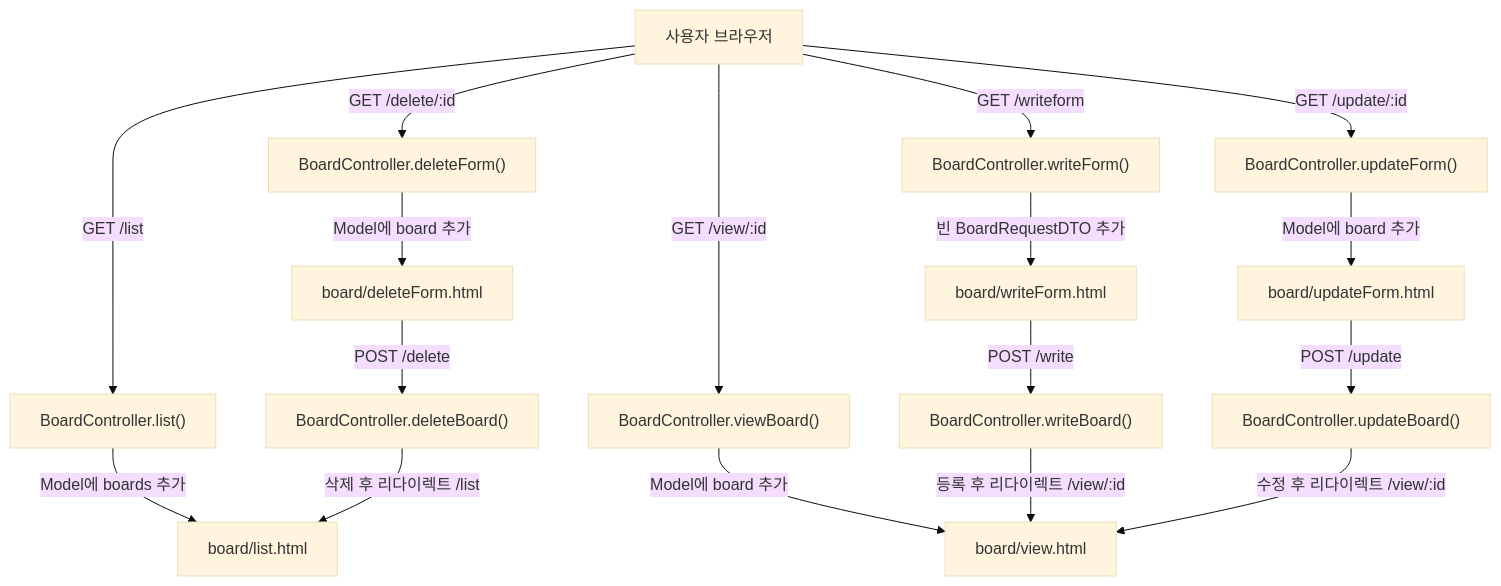
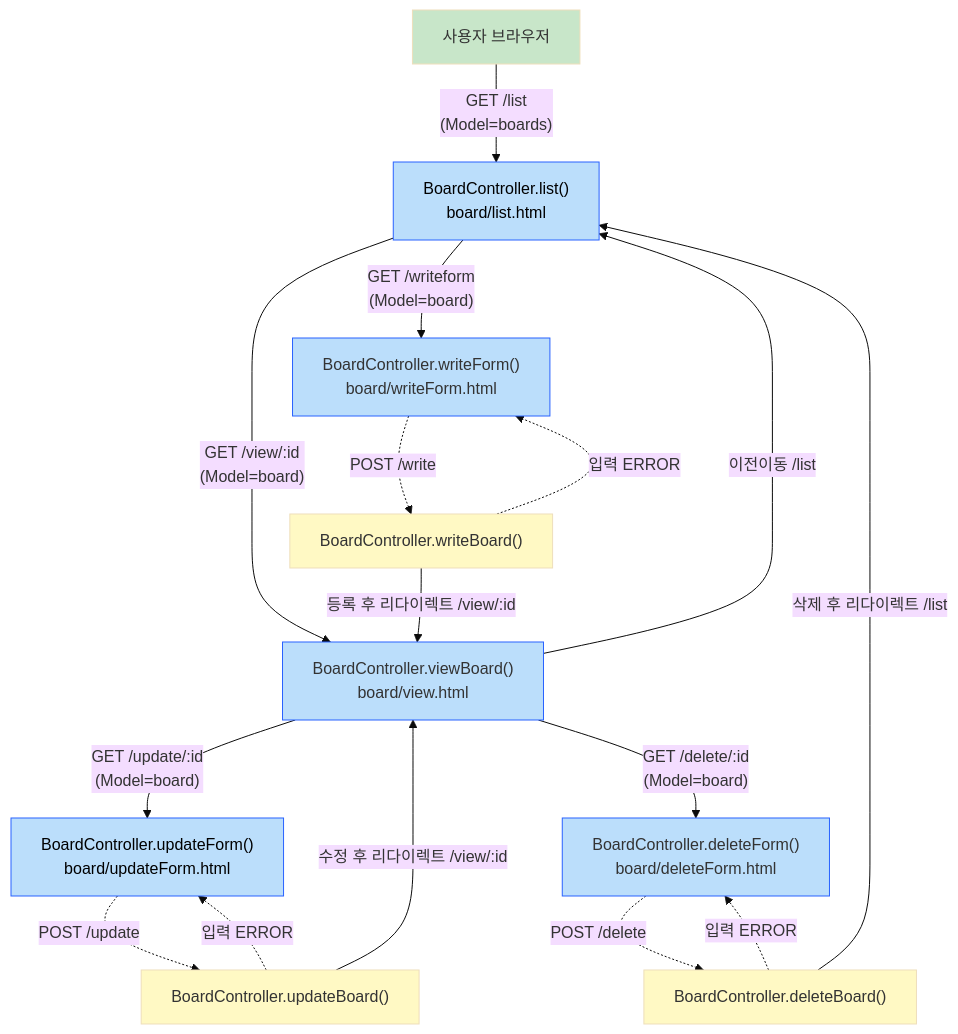
Before and after one commit to star1431/board: the second of 2 diagrams in README.md, drawn with Mermaid (base theme).

Commit message:
url 흐름도 수정 @commit

````diff
--- a/README.md
+++ b/README.md
@@ -214,23 +214,32 @@
 ```mermaid
-graph TD
-    A["사용자 브라우저"] -->|GET /list| B["BoardController.list()"]
-    B -->|Model에 boards 추가| C["board/list.html"]
+---
+config:
+  layout: dagre
+---
+flowchart TD
+    A["사용자 브라우저"] -- "GET /list<br>(Model=boards)" --> B["BoardController.list()<br>board/list.html"]
+    B -- "GET /view/:id<br>(Model=board)" --> C["BoardController.viewBoard()<br>board/view.html"]
+    C -- 이전이동 /list --> B
+    B -- "GET /writeform<br>(Model=board)" --> D["BoardController.writeForm()<br>board/writeForm.html"]
+    D -. POST /write .-> E["BoardController.writeBoard()"]
+    E -. 입력 ERROR .-> D
+    E -- 등록 후 리다이렉트 /view/:id --> C
+    C -- "GET /update/:id<br>(Model=board)" --> F["BoardController.updateForm()<br>board/updateForm.html"]
+    F -. POST /update .-> G["BoardController.updateBoard()"]
+    G -. 입력 ERROR .-> F
+    G -- 수정 후 리다이렉트 /view/:id --> C
+    C -- "GET /delete/:id<br>(Model=board)" --> H["BoardController.deleteForm()<br>board/deleteForm.html"]
+    H -. POST /delete .-> I["BoardController.deleteBoard()"]
+    I -. 입력 ERROR .-> H
+    I -- 삭제 후 리다이렉트 /list --> B
+    style A fill:#C8E6C9
+    style B fill:#BBDEFB,color:#000000,stroke:#2962FF
+    style C fill:#BBDEFB,stroke:#2962FF
+    style D fill:#BBDEFB,stroke:#2962FF
+    style E fill:#FFF9C4
+    style F color:#000000,fill:#BBDEFB,stroke:#2962FF
+    style G fill:#FFF9C4
+    style H fill:#BBDEFB,stroke:#2962FF
+    style I fill:#FFF9C4
 
-    A -->|GET /view/:id| D["BoardController.viewBoard()"]
-    D -->|Model에 board 추가| E["board/view.html"]
-
-    A -->|GET /writeform| F["BoardController.writeForm()"]
-    F -->|빈 BoardRequestDTO 추가| G["board/writeForm.html"]
-    G -->|POST /write| H["BoardController.writeBoard()"]
-    H -->|등록 후 리다이렉트 /view/:id| E
-
-    A -->|GET /update/:id| I["BoardController.updateForm()"]
-    I -->|Model에 board 추가| J["board/updateForm.html"]
-    J -->|POST /update| K["BoardController.updateBoard()"]
-    K -->|수정 후 리다이렉트 /view/:id| E
-
-    A -->|GET /delete/:id| L["BoardController.deleteForm()"]
-    L -->|Model에 board 추가| M["board/deleteForm.html"]
-    M -->|POST /delete| N["BoardController.deleteBoard()"]
-    N -->|삭제 후 리다이렉트 /list| C
 ```
````
